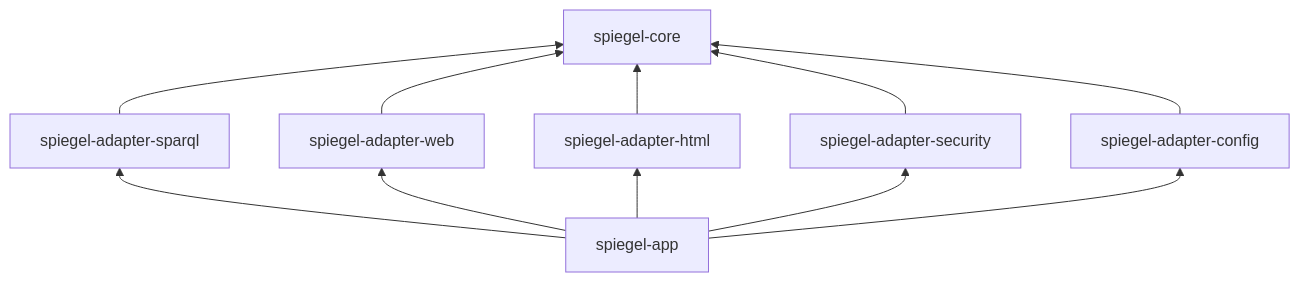
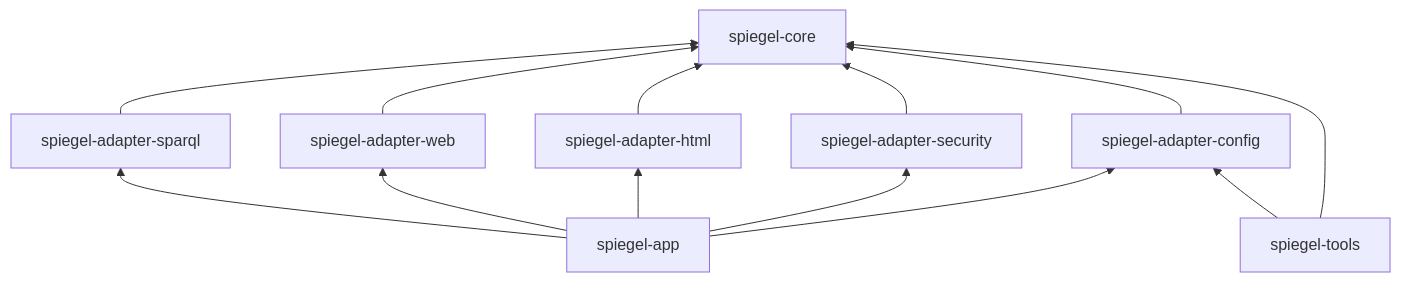
The diagram in docs/analysis/05-architecture/module-structure.md (milieuinfo/SPieGeL), drawn with Mermaid before and after one commit. The commit also changed other lines of this file and 6 other files, not shown here.

````diff
--- a/docs/analysis/05-architecture/module-structure.md
+++ b/docs/analysis/05-architecture/module-structure.md
@@ -18,10 +20,11 @@
 ```mermaid
 flowchart BT
     core[spiegel-core]
     sparql[spiegel-adapter-sparql] --> core
     web[spiegel-adapter-web] --> core
     html[spiegel-adapter-html] --> core
     sec[spiegel-adapter-security] --> core
     cfg[spiegel-adapter-config] --> core
     app[spiegel-app] --> sparql & web & html & sec & cfg
+    tools[spiegel-tools] --> core & cfg
 ```
````
